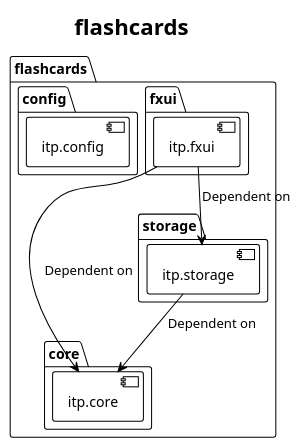
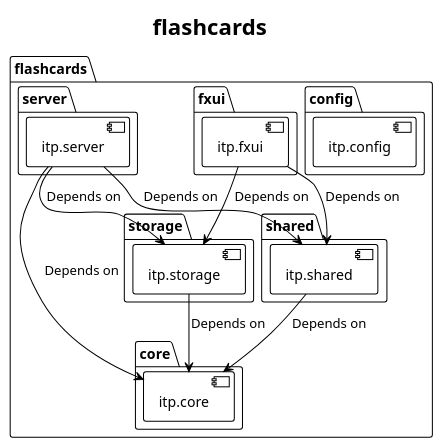
The diagram in docs/release_3/uml_documentation/package.puml (marennodenes/Flashcard-App), drawn with PlantUML before and after one commit. The commit also changed 1 other file, not shown here.

Commit message:
docs(uml): package diagram
Added shared and storage module with dependencies to package diagram. Also created screenshots folder and added screenshot of the updated package diagram.

#106

```diff
--- a/docs/release_3/uml_documentation/package.puml
+++ b/docs/release_3/uml_documentation/package.puml
@@ -1,32 +1,43 @@
 @startuml package
 !theme plain
 skinparam monochrome true
 skinparam shadowing false
 !pragma layout smetana
 title flashcards
 
 package "flashcards" {
 
+    package "config" {
+        [itp.config]
+    }
+
     package "core" {
         [itp.core]
     }
     
     package "fxui" {
         [itp.fxui]
     }
 
-
-    package "config" {
-        [itp.config]
-    }
-
     package "storage" {
         [itp.storage]
     }
+
+    package "shared" {
+        [itp.shared]
+    }
+
+    package "server" {
+        [itp.server]
+    }
 }
 
-"itp.fxui" --> "itp.core" : "Dependent on"
-"itp.fxui" --> "itp.storage" : "Dependent on"
-"itp.storage" --> "itp.core" : "Dependent on"
+"itp.fxui" --> "itp.storage" : "Depends on"
+"itp.fxui" --> "itp.shared" : "Depends on"
+"itp.storage" --> "itp.core" : "Depends on"
+"itp.server" --> "itp.storage" : "Depends on"
+"itp.server" --> "itp.shared" : "Depends on"
+"itp.server" --> "itp.core" : "Depends on"
+"itp.shared" --> "itp.core" : "Depends on"
 
 @enduml
```
